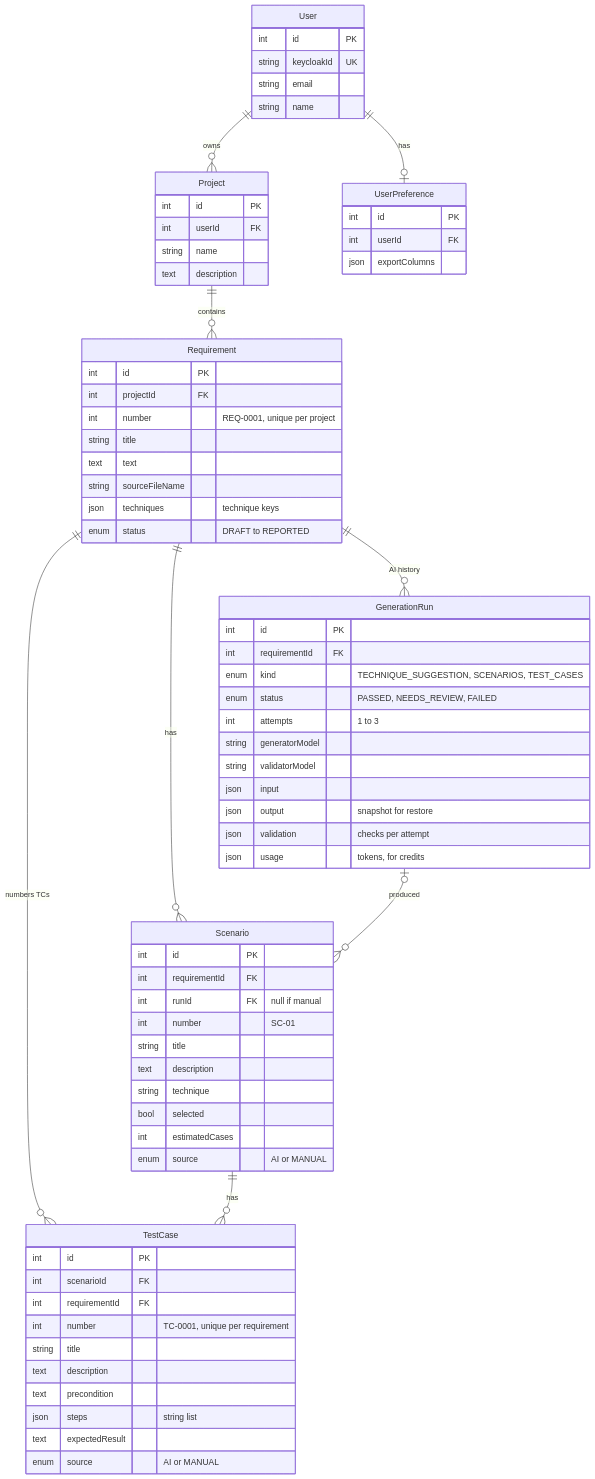
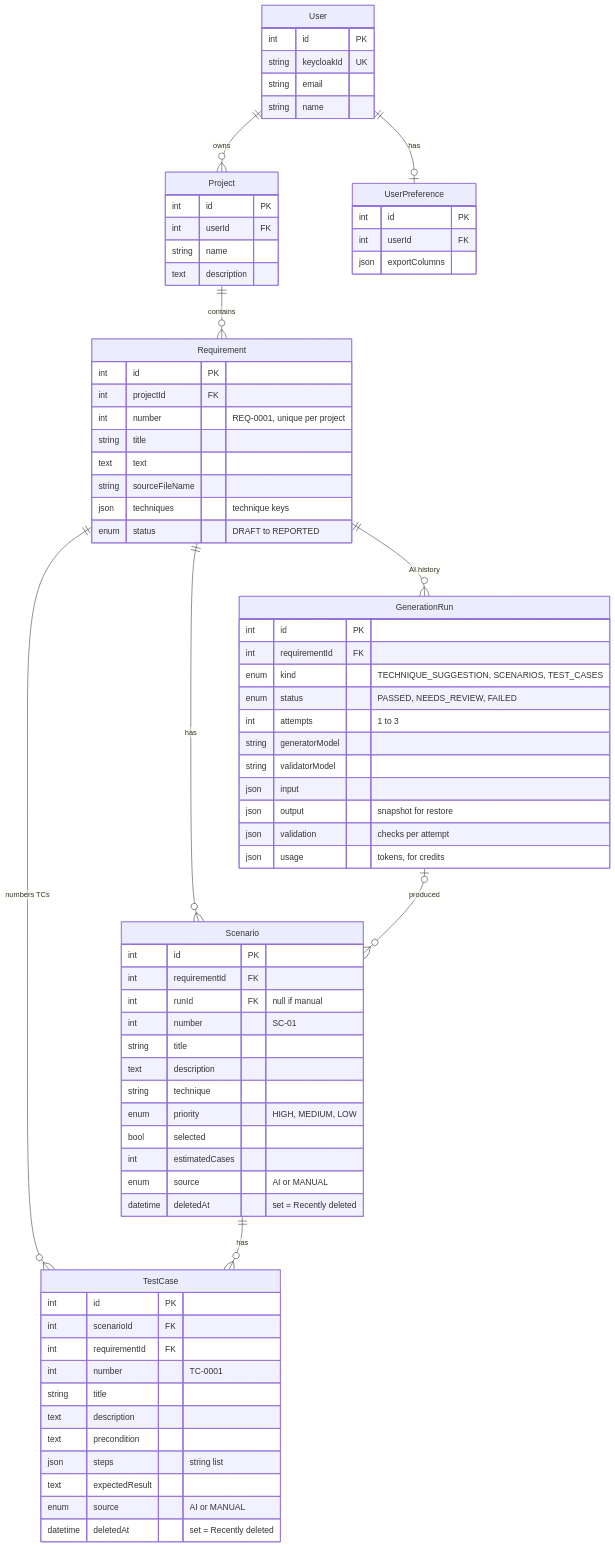
One commit to twentyvanty/AI-test-case-generator changed the second of 3 diagrams in docs/architecture.md. Above: the diagram before and after it, drawn with Mermaid. The commit also changed other lines of this file and 55 other files, not shown here.

Commit message:
add: scenarios step (priority, generate more, draft history) & recently deleted (7-day restore)

````diff
--- a/docs/architecture.md
+++ b/docs/architecture.md
@@ -118,76 +126,79 @@
 ```mermaid
 erDiagram
     User ||--o{ Project : owns
     User ||--o| UserPreference : has
     Project ||--o{ Requirement : contains
     Requirement ||--o{ GenerationRun : "AI history"
     Requirement ||--o{ Scenario : has
     Requirement ||--o{ TestCase : "numbers TCs"
     Scenario ||--o{ TestCase : has
     GenerationRun |o--o{ Scenario : produced
 
     User {
         int id PK
         string keycloakId UK
         string email
         string name
     }
     Project {
         int id PK
         int userId FK
         string name
         text description
     }
     Requirement {
         int id PK
         int projectId FK
         int number "REQ-0001, unique per project"
         string title
         text text
         string sourceFileName
         json techniques "technique keys"
         enum status "DRAFT to REPORTED"
     }
     GenerationRun {
         int id PK
         int requirementId FK
         enum kind "TECHNIQUE_SUGGESTION, SCENARIOS, TEST_CASES"
         enum status "PASSED, NEEDS_REVIEW, FAILED"
         int attempts "1 to 3"
         string generatorModel
         string validatorModel
         json input
         json output "snapshot for restore"
         json validation "checks per attempt"
         json usage "tokens, for credits"
     }
     Scenario {
         int id PK
         int requirementId FK
         int runId FK "null if manual"
         int number "SC-01"
         string title
         text description
         string technique
+        enum priority "HIGH, MEDIUM, LOW"
         bool selected
         int estimatedCases
         enum source "AI or MANUAL"
+        datetime deletedAt "set = Recently deleted"
     }
     TestCase {
         int id PK
         int scenarioId FK
         int requirementId FK
-        int number "TC-0001, unique per requirement"
+        int number "TC-0001"
         string title
         text description
         text precondition
         json steps "string list"
         text expectedResult
         enum source "AI or MANUAL"
+        datetime deletedAt "set = Recently deleted"
     }
     UserPreference {
         int id PK
         int userId FK
         json exportColumns
     }
 ```
````
